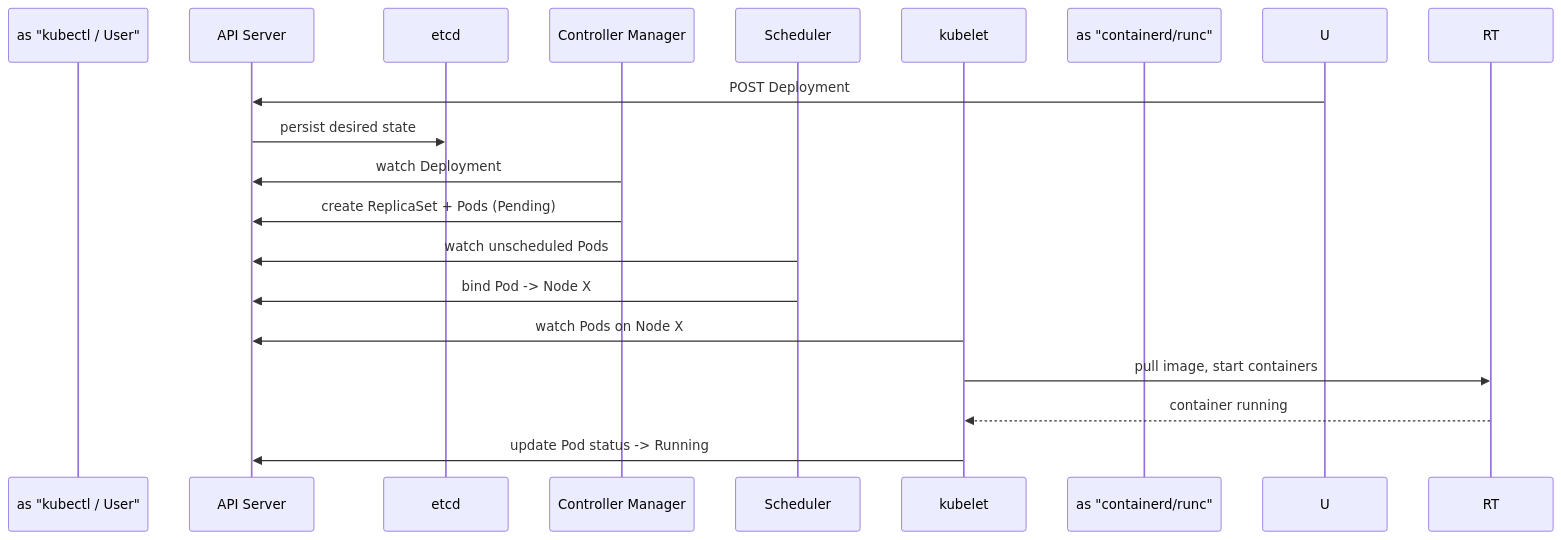
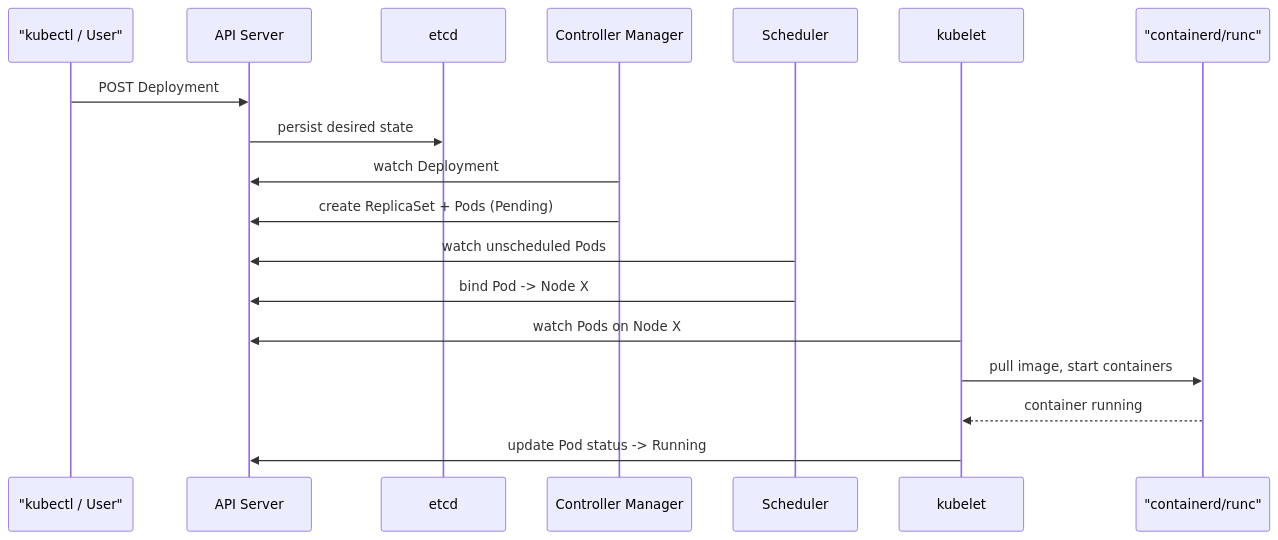
One commit to hareramcse/SystemDesign changed diagram 24 of 47 in 11-cloud-and-kubernetes/README.md. Above: the diagram before and after it, drawn with Mermaid. The commit also changed other lines of this file and 6 other files, not shown here.

````diff
--- a/11-cloud-and-kubernetes/README.md
+++ b/11-cloud-and-kubernetes/README.md
@@ -1236,21 +1236,21 @@
 ```mermaid
 sequenceDiagram
-    participant  as "kubectl / User"
+    participant U as "kubectl / User"
     participant API as API Server
     participant ETCD as etcd
     participant CM as Controller Manager
     participant SCH as Scheduler
     participant K as kubelet
-    participant  as "containerd/runc"
+    participant RT as "containerd/runc"
 
     U->>API: POST Deployment
     API->>ETCD: persist desired state
     CM->>API: watch Deployment
     CM->>API: create ReplicaSet + Pods (Pending)
     SCH->>API: watch unscheduled Pods
     SCH->>API: bind Pod -> Node X
     K->>API: watch Pods on Node X
     K->>RT: pull image, start containers
     RT-->>K: container running
     K->>API: update Pod status -> Running
 ```
````
